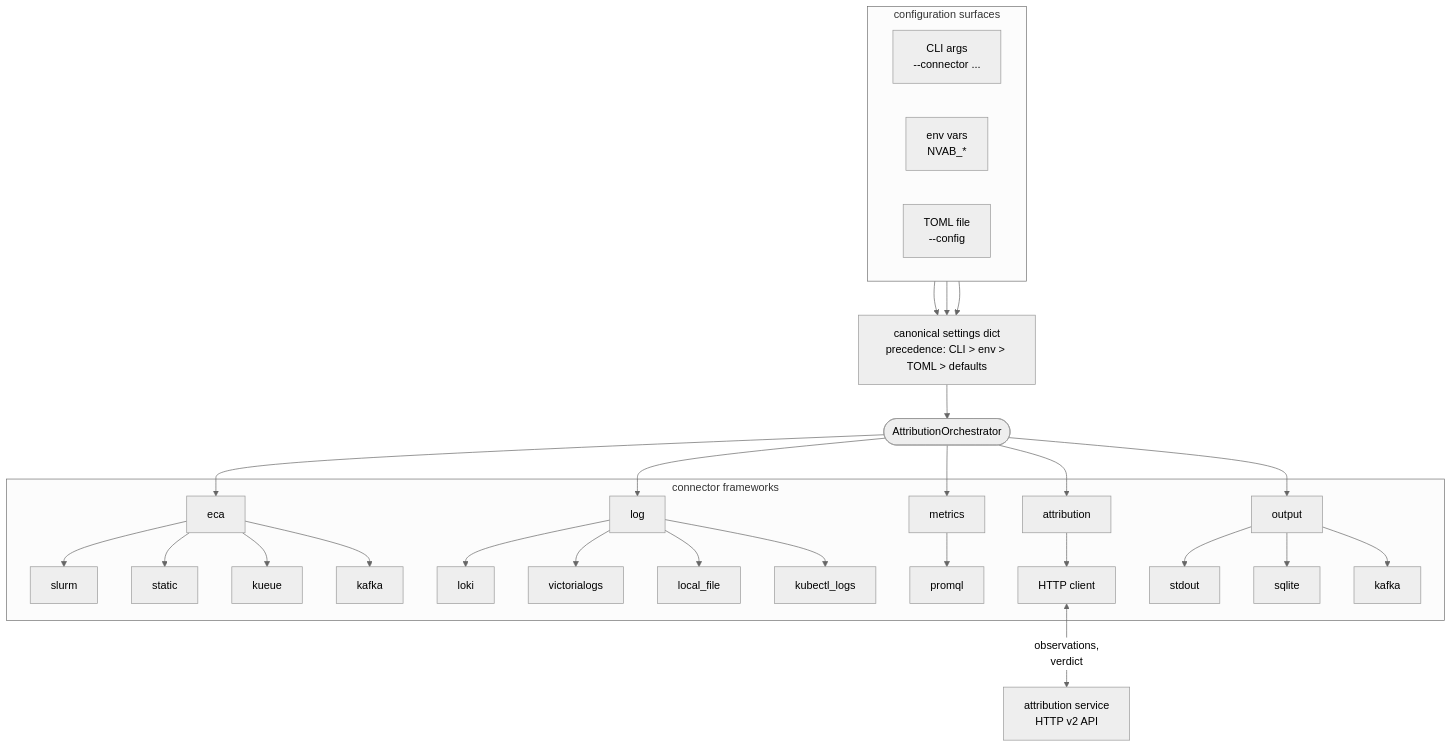
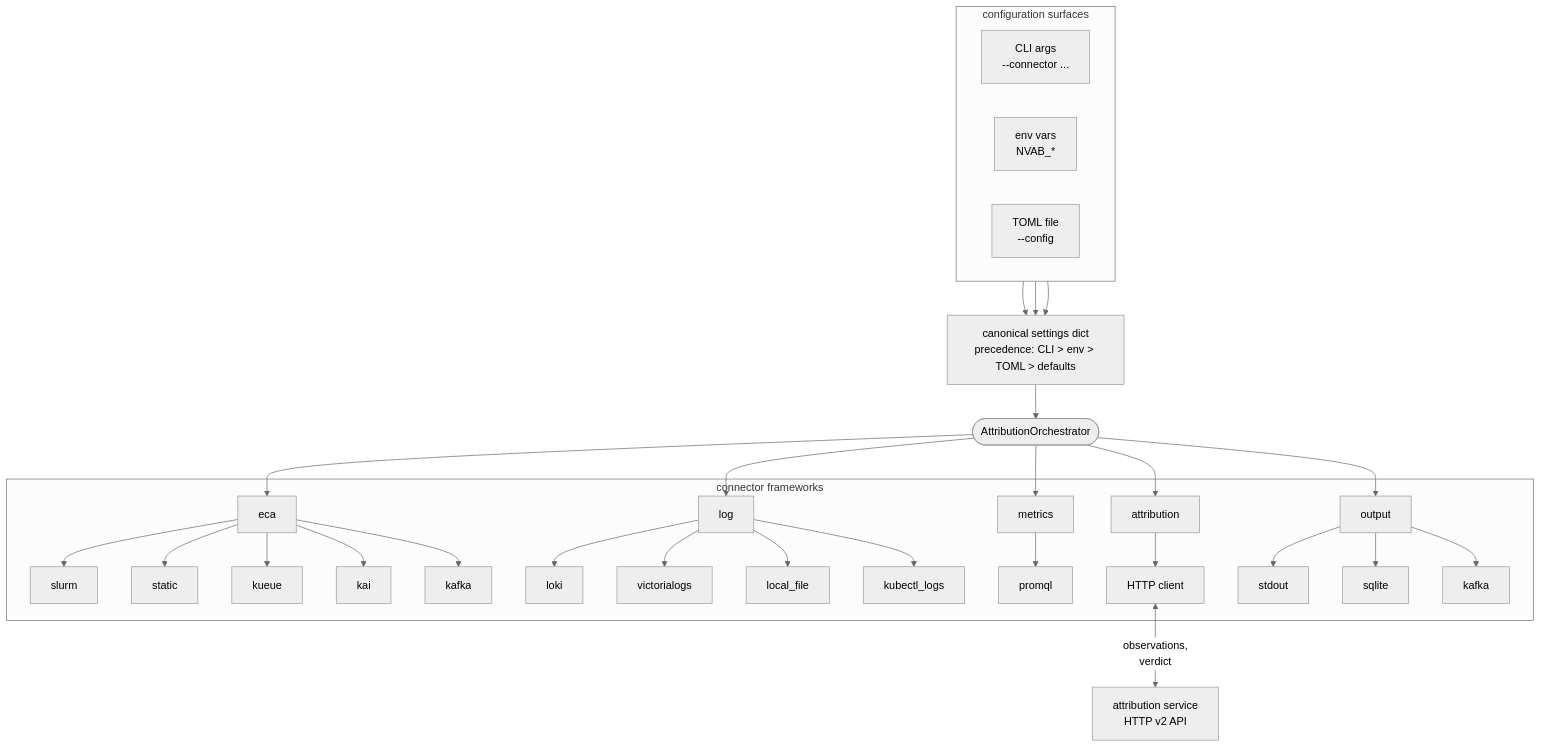
One commit to dsx-ai-factory/attribution changed the diagram in docs/ARCHITECTURE.md. Above: the diagram before and after it, drawn with Mermaid (neutral theme). The commit also changed other lines of this file and 8 other files, not shown here.

````diff
--- a/docs/ARCHITECTURE.md
+++ b/docs/ARCHITECTURE.md
@@ -14,64 +14,66 @@
 ```mermaid
 flowchart TD
     subgraph cfg["configuration surfaces"]
         direction LR
         CLI[CLI args<br/>--connector ...]
         ENV[env vars<br/>NVAB_*]
         TOML[TOML file<br/>--config]
     end
 
     Settings[canonical settings dict<br/>precedence: CLI > env > TOML > defaults]
 
     Orch([AttributionOrchestrator])
 
     subgraph fw["connector frameworks"]
         ECA[eca]
         ECASlurm[slurm]
         ECAStatic[static]
         ECAKueue[kueue]
+        ECAKai[kai]
         ECAKafka[kafka]
         ECA --> ECASlurm
         ECA --> ECAStatic
         ECA --> ECAKueue
+        ECA --> ECAKai
         ECA --> ECAKafka
 
         Log[log]
         LogLoki[loki]
         LogVictoriaLogs[victorialogs]
         LogLocal[local_file]
         LogKubectl[kubectl_logs]
         Log --> LogLoki
         Log --> LogVictoriaLogs
         Log --> LogLocal
         Log --> LogKubectl
 
         Met[metrics]
         MetProm[promql]
         Met --> MetProm
 
         Attr[attribution]
         AttrHTTP[HTTP client]
         Attr --> AttrHTTP
 
         Out[output]
         OutStdout[stdout]
         OutSqlite[sqlite]
         OutKafka[kafka]
         Out --> OutStdout
         Out --> OutSqlite
         Out --> OutKafka
     end
 
     Service[attribution service<br/>HTTP v2 API]
 
     CLI --> Settings
     ENV --> Settings
     TOML --> Settings
     Settings --> Orch
     Orch --> ECA
     Orch --> Log
     Orch --> Met
     Orch --> Attr
     Orch --> Out
     AttrHTTP <-->|observations,<br/>verdict| Service
 ```
````
